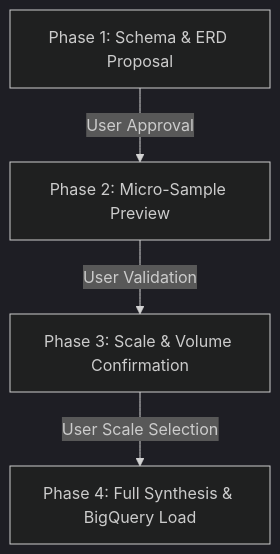
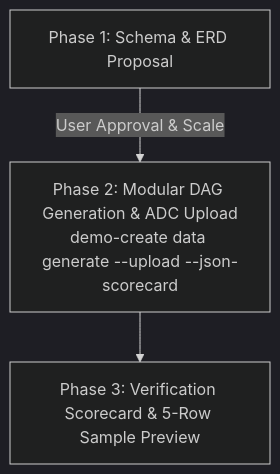
Before and after one commit to lkrdev/looker-demo-cli: the second of 4 diagrams in skills/looker-demo-orchestrator/SKILL.md, drawn with Mermaid (dark theme). The commit also changed other lines of this file and 26 other files, not shown here.

Commit message:
feat: dag orchestration with all local llm authoring for data design

````diff
--- a/skills/looker-demo-orchestrator/SKILL.md
+++ b/skills/looker-demo-orchestrator/SKILL.md
@@ -196,6 +197,5 @@
 ```mermaid
 graph TD
-    A[Phase 1: Schema & ERD Proposal] -->|User Approval| B[Phase 2: Micro-Sample Preview]
-    B -->|User Validation| C[Phase 3: Scale & Volume Confirmation]
-    C -->|User Scale Selection| D[Phase 4: Full Synthesis & BigQuery Load]
+    A[Phase 1: Schema & ERD Proposal] -->|User Approval & Scale| B[Phase 2: Modular DAG Generation & ADC Upload<br/>demo-create data generate --upload --json-scorecard]
+    B --> C[Phase 3: Verification Scorecard & 5-Row Sample Preview]
 ```
````
